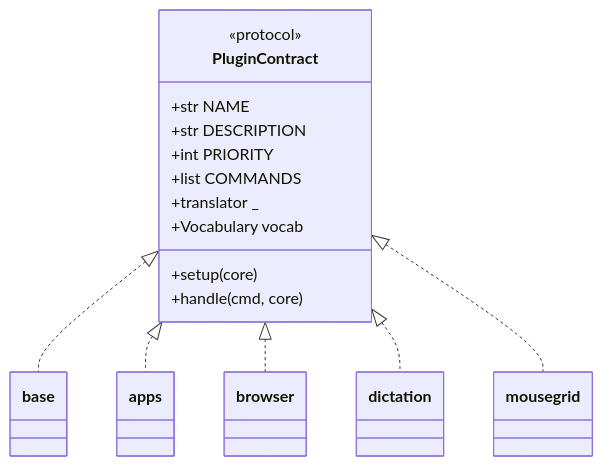
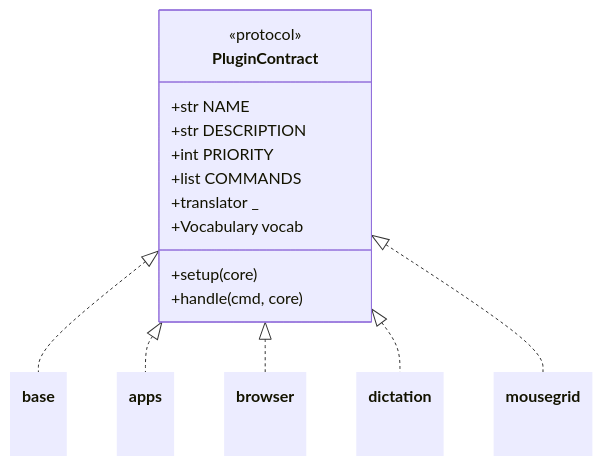
The diagram in docs/plugins.md (SolanumForte/easyspeak), drawn with Mermaid before and after one commit. The commit also changed other lines of this file, not shown here.

Commit message:
Dash the plugin boxes in the contract diagram like the reference one
Draws the five plugins on the Writing Plugins page with the dashed
stroke the reference diagram gives every bundled plugin, and says
below the diagram what the dashing means.

````diff
--- a/docs/plugins.md
+++ b/docs/plugins.md
@@ -37,19 +37,24 @@
 ```mermaid
 classDiagram
     class PluginContract {
         <<protocol>>
         +str NAME
         +str DESCRIPTION
         +int PRIORITY
         +list COMMANDS
         +translator _
         +Vocabulary vocab
         +setup(core)
         +handle(cmd, core)
     }
     PluginContract <|.. base
     PluginContract <|.. apps
     PluginContract <|.. browser
     PluginContract <|.. dictation
     PluginContract <|.. mousegrid
+    style base stroke:var(--md-mermaid-node-fg-color),stroke-dasharray:5
+    style apps stroke:var(--md-mermaid-node-fg-color),stroke-dasharray:5
+    style browser stroke:var(--md-mermaid-node-fg-color),stroke-dasharray:5
+    style dictation stroke:var(--md-mermaid-node-fg-color),stroke-dasharray:5
+    style mousegrid stroke:var(--md-mermaid-node-fg-color),stroke-dasharray:5
 ```
````
